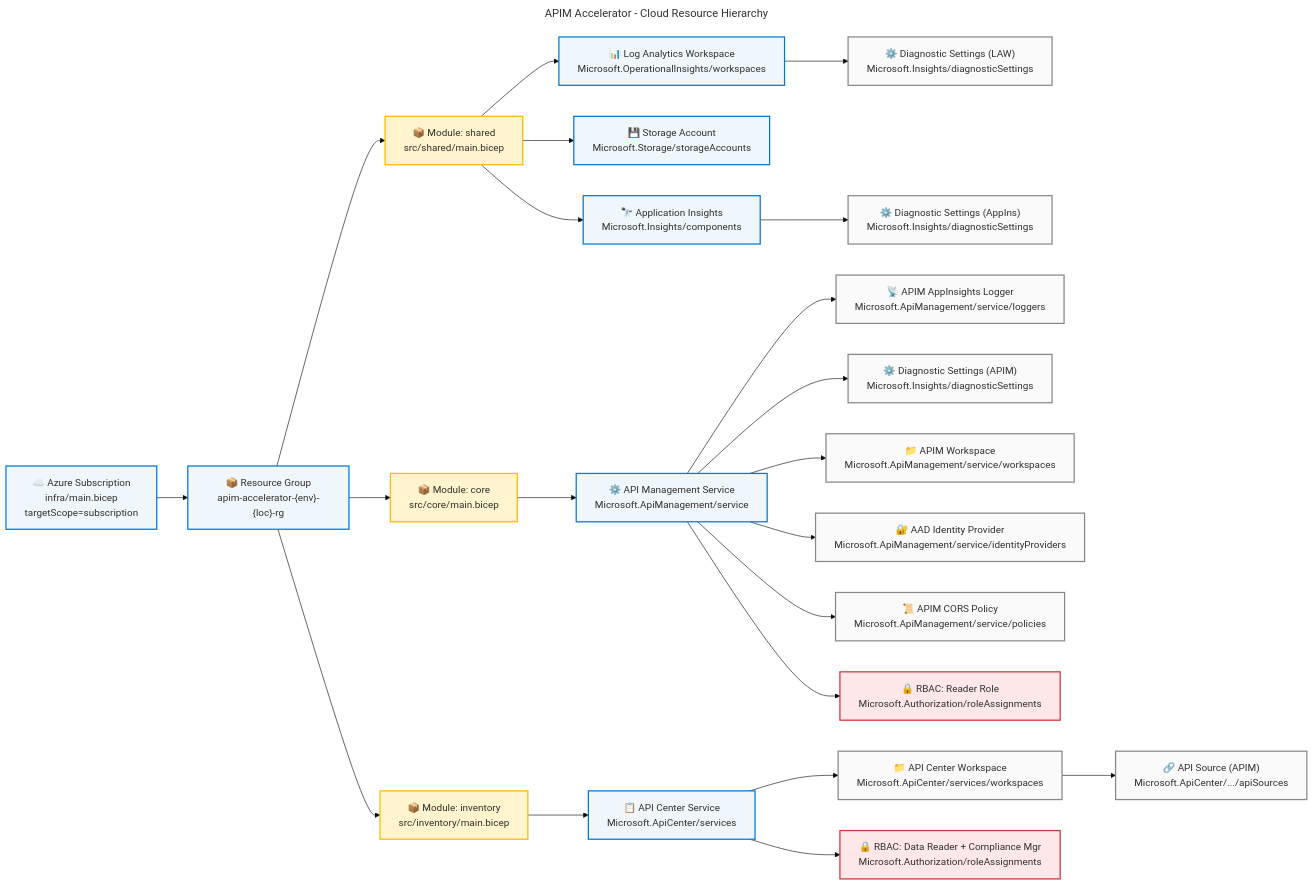
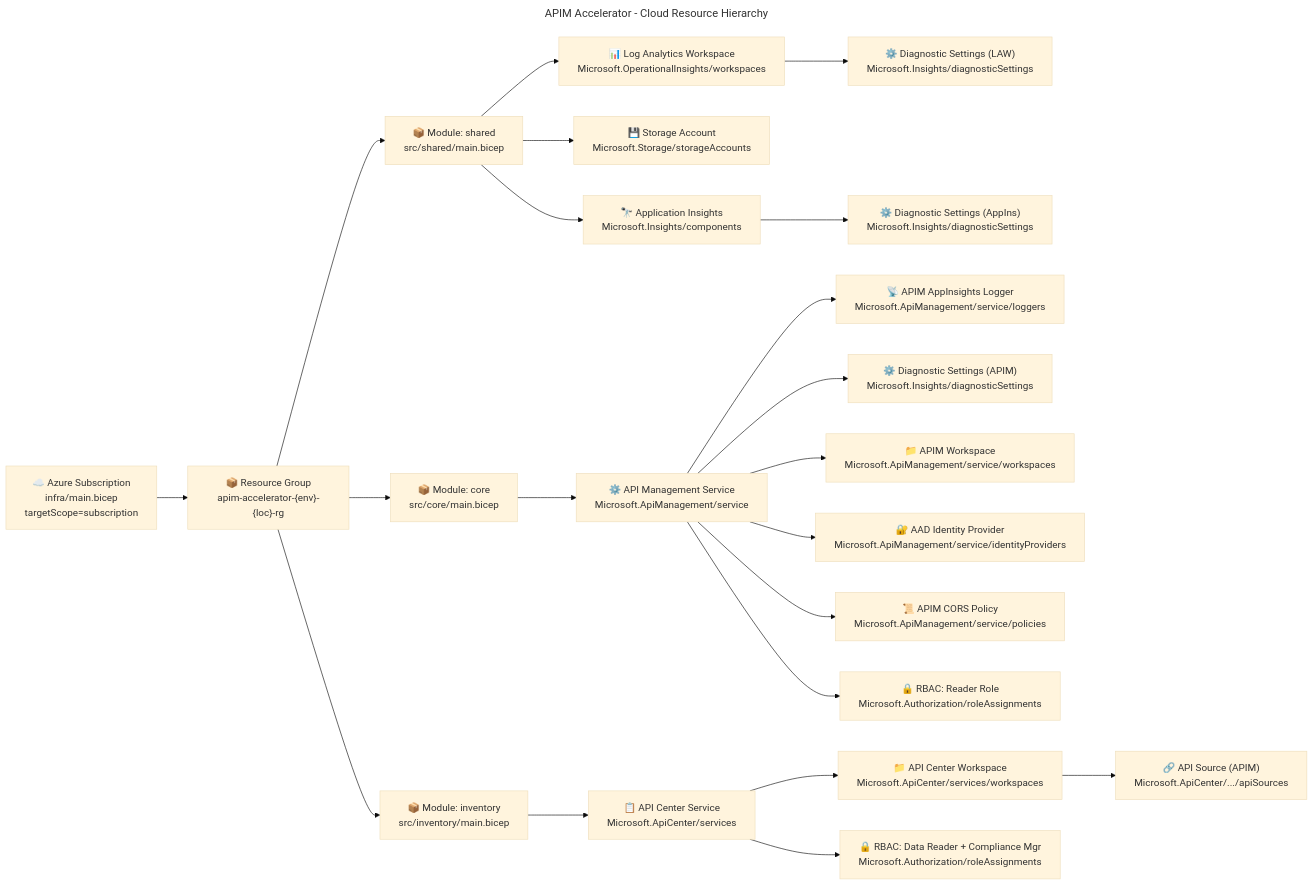
One commit to Evilazaro/APIM-Accelerator changed the second of 2 diagrams in docs/architecture/technology-architecture.md. Above: the diagram before and after it, drawn with Mermaid. The commit also changed other lines of this file, not shown here.

Commit message:
style: remove redundant comments and streamline flowchart styles for improved clarity in technology architecture documentation

````diff
--- a/docs/architecture/technology-architecture.md
+++ b/docs/architecture/technology-architecture.md
@@ -887,80 +866,68 @@
 ```mermaid
 ---
 title: "APIM Accelerator - Cloud Resource Hierarchy"
 config:
   theme: base
   look: classic
   layout: dagre
   themeVariables:
     fontSize: '16px'
   flowchart:
     htmlLabels: true
 ---
 flowchart LR
     accTitle: APIM Accelerator Cloud Resource Hierarchy
     accDescr: Shows hierarchical Bicep module decomposition and resource ownership from subscription scope to individual Azure resources
 
-    %% ═══════════════════════════════════════════════════════════════════════════
-    %% AZURE / FLUENT ARCHITECTURE PATTERN v1.1
-    %% (Semantic + Structural + Font + Accessibility Governance)
-    %% ═══════════════════════════════════════════════════════════════════════════
-    %% PHASE 1 - FLUENT UI: All styling uses approved Fluent UI palette only
-    %% PHASE 2 - GROUPS: Every subgraph has semantic color via style directive
-    %% PHASE 3 - COMPONENTS: Every node has semantic classDef + icon prefix
-    %% PHASE 4 - ACCESSIBILITY: accTitle/accDescr present, WCAG AA contrast
-    %% PHASE 5 - STANDARD: Governance block present, classDefs centralized
-    %% ═══════════════════════════════════════════════════════════════════════════
+
 
     SUB["☁️ Azure Subscription\ninfra/main.bicep\ntargetScope=subscription"]:::core
 
     RG["📦 Resource Group\napim-accelerator-{env}-{loc}-rg"]:::core
 
     MOD_SHARED["📦 Module: shared\nsrc/shared/main.bicep"]:::warning
     MOD_CORE["📦 Module: core\nsrc/core/main.bicep"]:::warning
     MOD_INV["📦 Module: inventory\nsrc/inventory/main.bicep"]:::warning
 
     R_LAW["📊 Log Analytics Workspace\nMicrosoft.OperationalInsights/workspaces"]:::core
     R_ST["💾 Storage Account\nMicrosoft.Storage/storageAccounts"]:::core
     R_AI["🔭 Application Insights\nMicrosoft.Insights/components"]:::core
     R_DIAG1["⚙️ Diagnostic Settings (LAW)\nMicrosoft.Insights/diagnosticSettings"]:::neutral
     R_DIAG2["⚙️ Diagnostic Settings (AppIns)\nMicrosoft.Insights/diagnosticSettings"]:::neutral
 
     R_APIM["⚙️ API Management Service\nMicrosoft.ApiManagement/service"]:::core
     R_APIM_LOGGER["📡 APIM AppInsights Logger\nMicrosoft.ApiManagement/service/loggers"]:::neutral
     R_APIM_DIAG["⚙️ Diagnostic Settings (APIM)\nMicrosoft.Insights/diagnosticSettings"]:::neutral
     R_APIM_WS["📁 APIM Workspace\nMicrosoft.ApiManagement/service/workspaces"]:::neutral
     R_DP_IDPROV["🔐 AAD Identity Provider\nMicrosoft.ApiManagement/service/identityProviders"]:::neutral
     R_APIM_POLICY["📜 APIM CORS Policy\nMicrosoft.ApiManagement/service/policies"]:::neutral
     R_RBAC_APIM["🔒 RBAC: Reader Role\nMicrosoft.Authorization/roleAssignments"]:::danger
 
     R_APC["📋 API Center Service\nMicrosoft.ApiCenter/services"]:::core
     R_APC_WS["📁 API Center Workspace\nMicrosoft.ApiCenter/services/workspaces"]:::neutral
     R_APC_SRC["🔗 API Source (APIM)\nMicrosoft.ApiCenter/.../apiSources"]:::neutral
     R_RBAC_APC["🔒 RBAC: Data Reader + Compliance Mgr\nMicrosoft.Authorization/roleAssignments"]:::danger
 
     SUB --> RG
     RG --> MOD_SHARED
     RG --> MOD_CORE
     RG --> MOD_INV
     MOD_SHARED --> R_LAW
     MOD_SHARED --> R_ST
     MOD_SHARED --> R_AI
     R_LAW --> R_DIAG1
     R_AI --> R_DIAG2
     MOD_CORE --> R_APIM
     R_APIM --> R_APIM_LOGGER
     R_APIM --> R_APIM_DIAG
     R_APIM --> R_APIM_WS
     R_APIM --> R_DP_IDPROV
     R_APIM --> R_APIM_POLICY
     R_APIM --> R_RBAC_APIM
     MOD_INV --> R_APC
     R_APC --> R_APC_WS
     R_APC_WS --> R_APC_SRC
     R_APC --> R_RBAC_APC
 
-    classDef core fill:#EFF6FC,stroke:#0078D4,stroke-width:2px,color:#323130
-    classDef warning fill:#FFF4CE,stroke:#FFB900,stroke-width:2px,color:#323130
-    classDef neutral fill:#FAFAFA,stroke:#8A8886,stroke-width:2px,color:#323130
-    classDef danger fill:#FDE7E9,stroke:#D13438,stroke-width:2px,color:#323130
+
 ```
````
